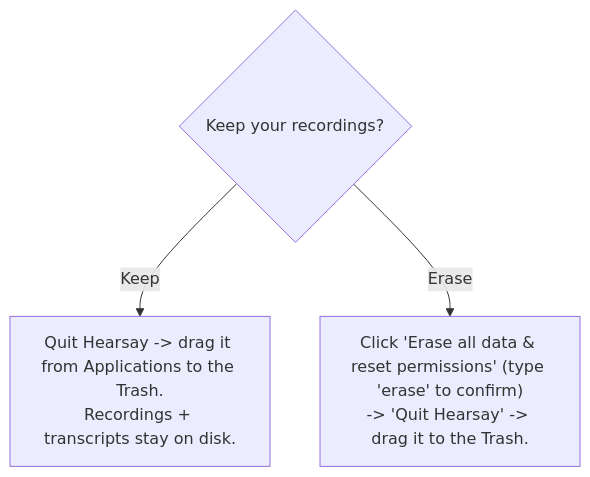
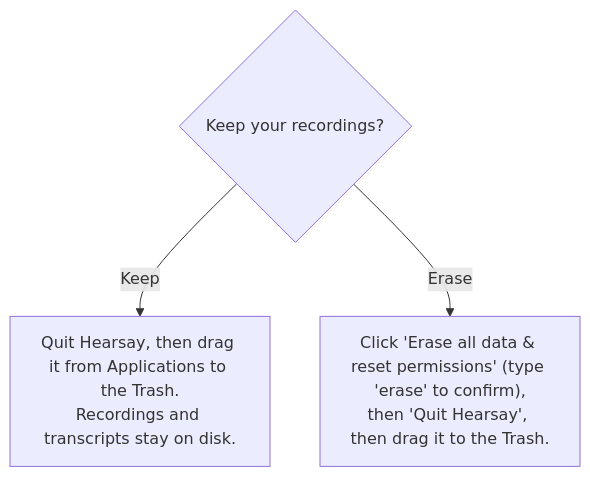
One commit to rwiseman87/hearsay changed the diagram in docs/packaging.md. Above: the diagram before and after it, drawn with Mermaid. The commit also changed other lines of this file and 17 other files, not shown here.

First line of the commit message:
docs: rewrite documentation for current state; add architecture.md

````diff
--- a/docs/packaging.md
+++ b/docs/packaging.md
@@ -107,6 +107,6 @@
 ```mermaid
 flowchart TD
-  Q{Keep your recordings?}
-  Q -- Keep --> K["Quit Hearsay -> drag it from Applications to the Trash.<br/>Recordings + transcripts stay on disk."]
-  Q -- Erase --> E["Click 'Erase all data & reset permissions' (type 'erase' to confirm)<br/>-> 'Quit Hearsay' -> drag it to the Trash."]
+    Q{Keep your recordings?}
+    Q -->|Keep| K["Quit Hearsay, then drag it from Applications to the Trash.<br/>Recordings and transcripts stay on disk."]
+    Q -->|Erase| E["Click 'Erase all data & reset permissions' (type 'erase' to confirm),<br/>then 'Quit Hearsay', then drag it to the Trash."]
 ```
````
